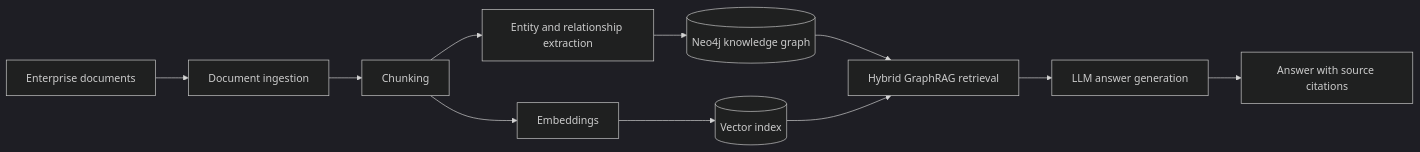
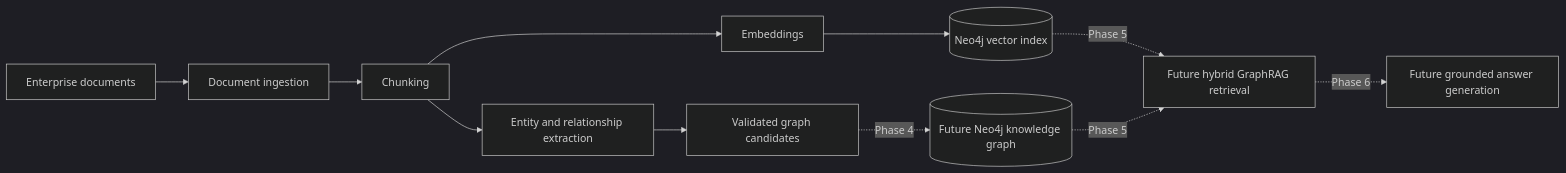
One commit to AlemMekru/enterprise-graphrag changed the first of 2 diagrams in README.md. Above: the diagram before and after it, drawn with Mermaid (dark theme). The commit also changed other lines of this file and 21 other files, not shown here.

First line of the commit message:
Implement entity and relationship extraction

````diff
--- a/README.md
+++ b/README.md
@@ -17,13 +17,13 @@
 ```mermaid
 flowchart LR
     A[Enterprise documents] --> B[Document ingestion]
     B --> C[Chunking]
-    C --> D[Entity and relationship extraction]
-    D --> E[(Neo4j knowledge graph)]
-    C --> F[Embeddings]
-    F --> G[(Vector index)]
-    E --> H[Hybrid GraphRAG retrieval]
-    G --> H
-    H --> I[LLM answer generation]
-    I --> J[Answer with source citations]
+    C --> D[Embeddings]
+    D --> E[(Neo4j vector index)]
+    C --> F[Entity and relationship extraction]
+    F --> G[Validated graph candidates]
+    G -. Phase 4 .-> H[(Future Neo4j knowledge graph)]
+    E -. Phase 5 .-> I[Future hybrid GraphRAG retrieval]
+    H -. Phase 5 .-> I
+    I -. Phase 6 .-> J[Future grounded answer generation]
 ```
````
